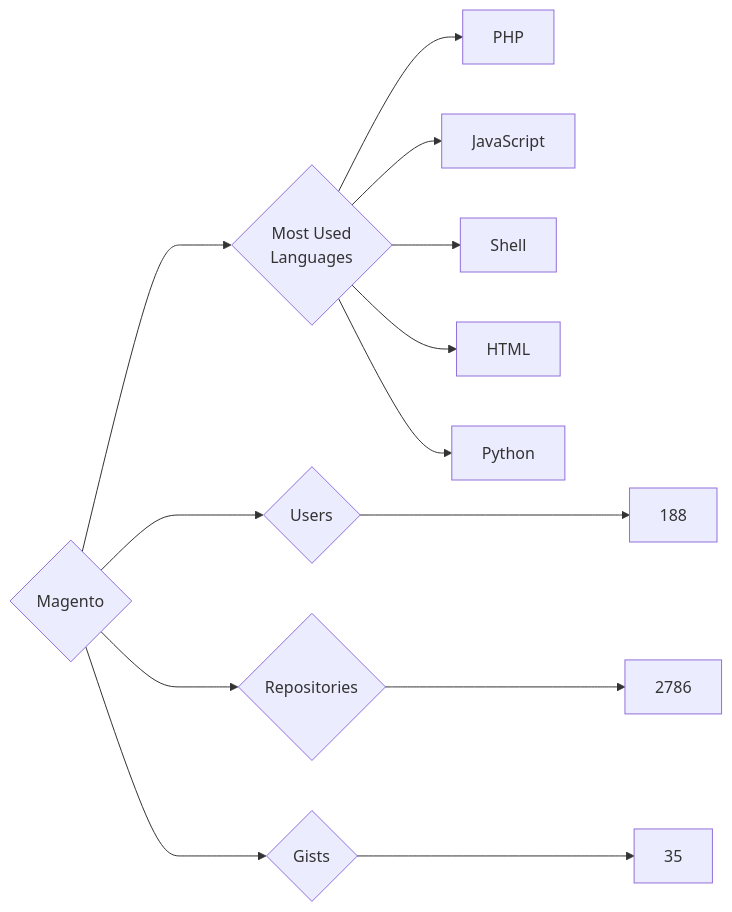
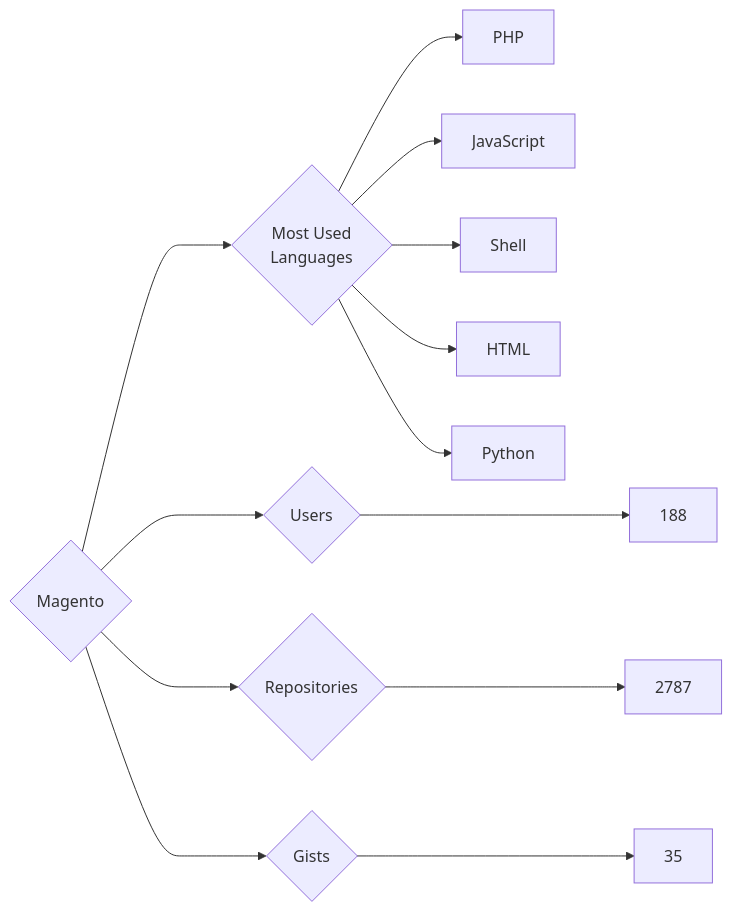
The diagram in targets/Magento/README.md (trickest/insiders), drawn with Mermaid before and after one commit. The commit also changed 925 other files, not shown here.

````diff
--- a/targets/Magento/README.md
+++ b/targets/Magento/README.md
@@ -3,13 +3,13 @@
 ```mermaid
 graph LR
 COMPANY_NAME{Magento}
 COMPANY_NAME ---> U{Users} ---> UN[188]
-COMPANY_NAME ---> R{Repositories} ---> RN[2786]
+COMPANY_NAME ---> R{Repositories} ---> RN[2787]
 COMPANY_NAME ---> G{Gists} ---> GN[35]
 COMPANY_NAME ---> ML{Most Used<br>Languages}
 ML --> PHP[PHP]
 ML --> JavaScript[JavaScript]
 ML --> Shell[Shell]
 ML --> HTML[HTML]
 ML --> Python[Python]
 ```
````
